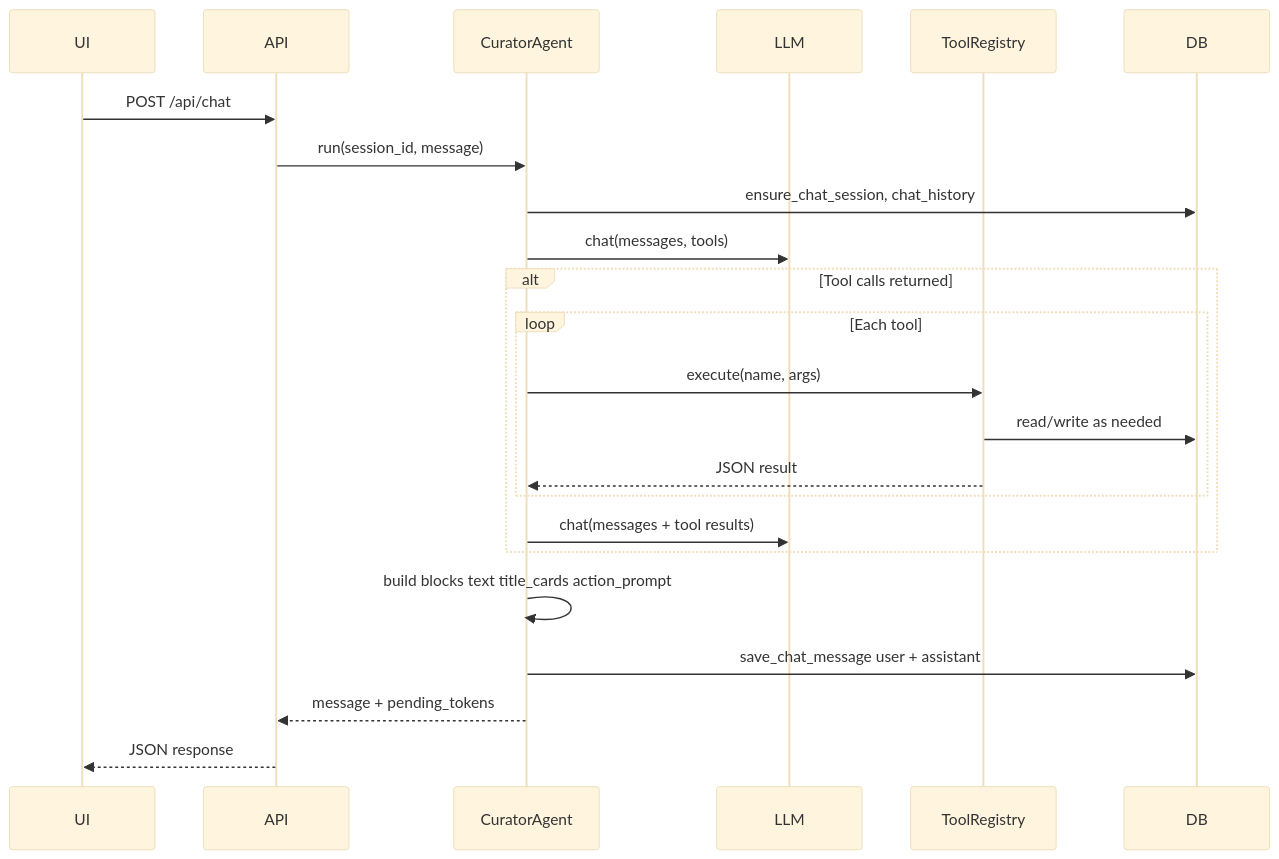
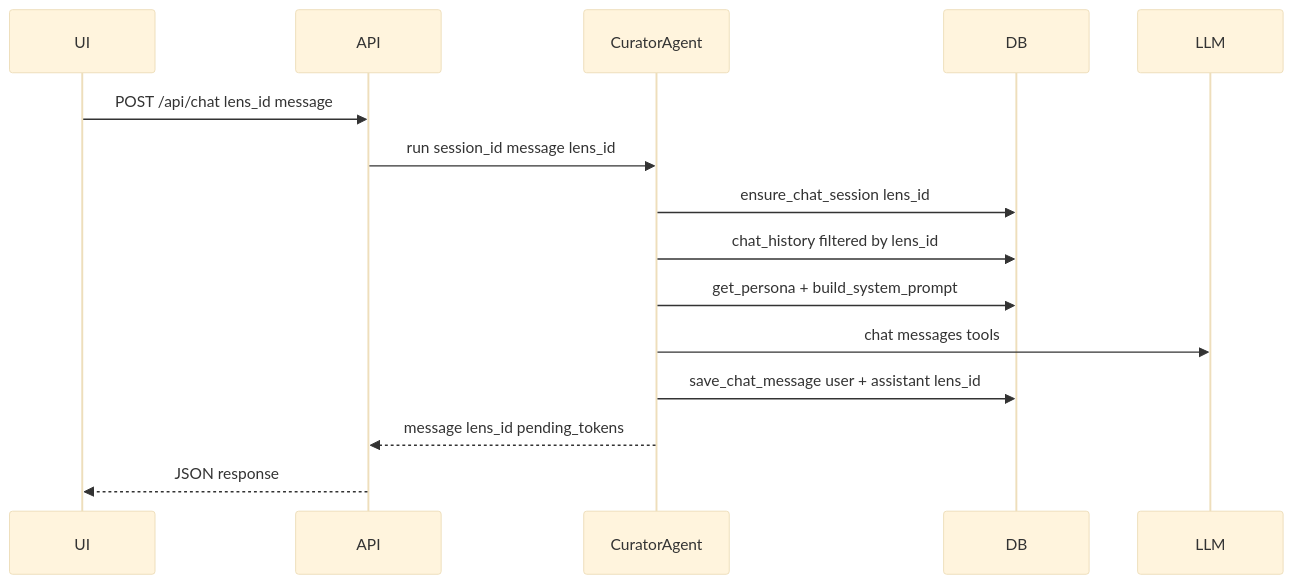
One commit to romwil/curatorx changed the fourth of 5 diagrams in docs/ARCHITECTURE.md. Above: the diagram before and after it, drawn with Mermaid (base theme). The commit also changed other lines of this file and 91 other files, not shown here.

First line of the commit message:
CuratorX Phase 1: rename, lens isolation, persona, dual UI foundations

````diff
--- a/docs/ARCHITECTURE.md
+++ b/docs/ARCHITECTURE.md
@@ -229,26 +206,18 @@
 ```mermaid
 sequenceDiagram
     participant UI
     participant API
     participant Agent as CuratorAgent
+    participant DB
     participant LLM
-    participant Tools as ToolRegistry
-    participant DB
 
-    UI->>API: POST /api/chat
-    API->>Agent: run(session_id, message)
-    Agent->>DB: ensure_chat_session, chat_history
-    Agent->>LLM: chat(messages, tools)
-    alt Tool calls returned
-        loop Each tool
-            Agent->>Tools: execute(name, args)
-            Tools->>DB: read/write as needed
-            Tools-->>Agent: JSON result
-        end
-        Agent->>LLM: chat(messages + tool results)
-    end
-    Agent->>Agent: build blocks text title_cards action_prompt
-    Agent->>DB: save_chat_message user + assistant
-    Agent-->>API: message + pending_tokens
+    UI->>API: POST /api/chat lens_id message
+    API->>Agent: run session_id message lens_id
+    Agent->>DB: ensure_chat_session lens_id
+    Agent->>DB: chat_history filtered by lens_id
+    Agent->>DB: get_persona + build_system_prompt
+    Agent->>LLM: chat messages tools
+    Agent->>DB: save_chat_message user + assistant lens_id
+    Agent-->>API: message lens_id pending_tokens
     API-->>UI: JSON response
 ```
````
